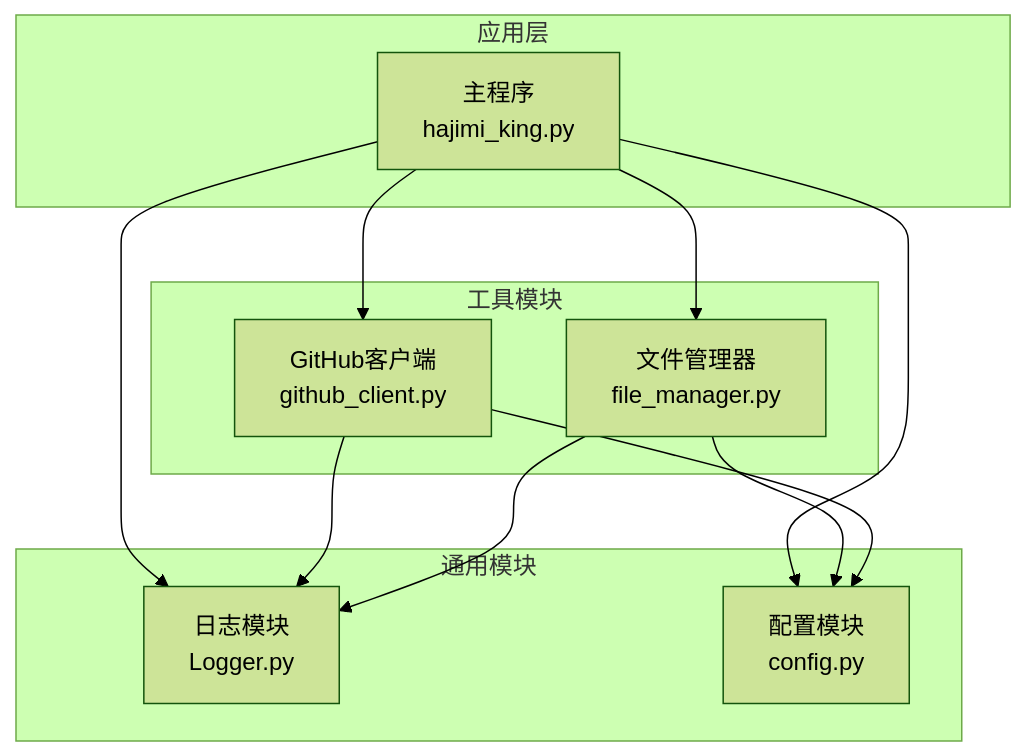
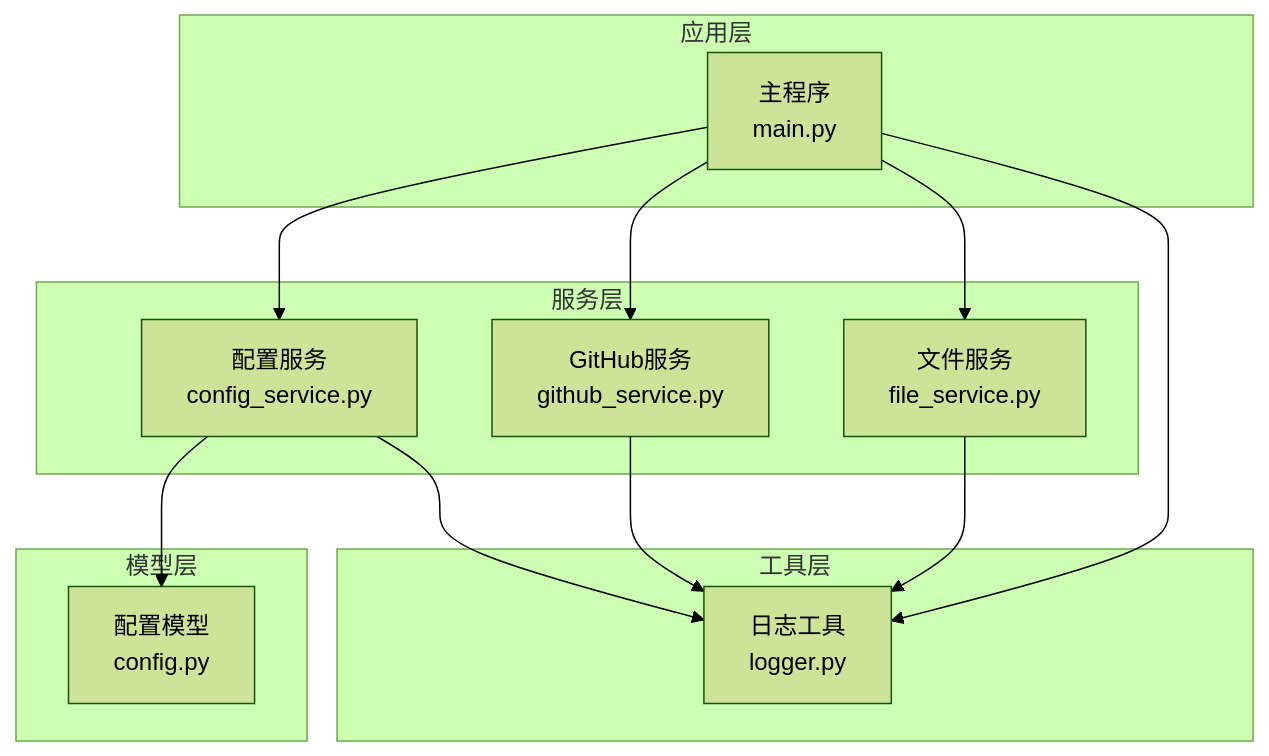
One commit to james-6-23/APIKEY-king changed the first of 4 diagrams in .qoder/repowiki/zh/content/项目概述.md. Above: the diagram before and after it, drawn with Mermaid (forest theme). The commit also changed other lines of this file and 49 other files, not shown here.

````diff
--- a/.qoder/repowiki/zh/content/项目概述.md
+++ b/.qoder/repowiki/zh/content/项目概述.md
@@ -46,22 +51,25 @@
 ```mermaid
 graph TD
 subgraph "应用层"
-app.hajimi_king[主程序<br/>hajimi_king.py]
+src.main[主程序<br/>main.py]
 end
-subgraph "通用模块"
-common.Logger[日志模块<br/>Logger.py]
-common.config[配置模块<br/>config.py]
+subgraph "服务层"
+services.config_service[配置服务<br/>config_service.py]
+services.github_service[GitHub服务<br/>github_service.py]
+services.file_service[文件服务<br/>file_service.py]
 end
-subgraph "工具模块"
-utils.github_client[GitHub客户端<br/>github_client.py]
-utils.file_manager[文件管理器<br/>file_manager.py]
+subgraph "模型层"
+models.config[配置模型<br/>config.py]
 end
-app.hajimi_king --> common.Logger
-app.hajimi_king --> common.config
-app.hajimi_king --> utils.github_client
-app.hajimi_king --> utils.file_manager
-utils.file_manager --> common.config
-utils.github_client --> common.config
-utils.github_client --> common.Logger
-utils.file_manager --> common.Logger
+subgraph "工具层"
+utils.logger[日志工具<br/>logger.py]
+end
+src.main --> services.config_service
+src.main --> services.github_service
+src.main --> services.file_service
+src.main --> utils.logger
+services.config_service --> models.config
+services.config_service --> utils.logger
+services.github_service --> utils.logger
+services.file_service --> utils.logger
 ```
````
